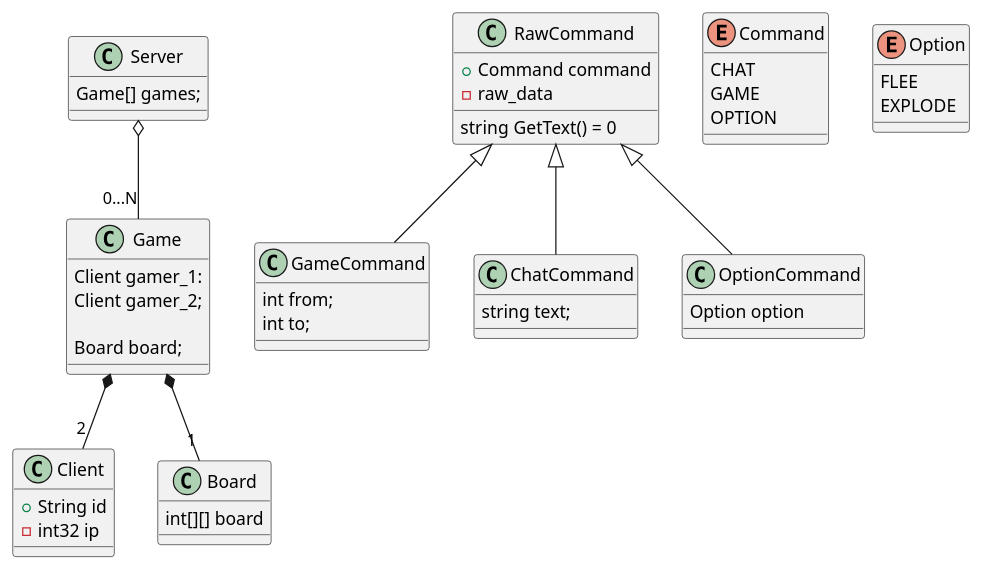
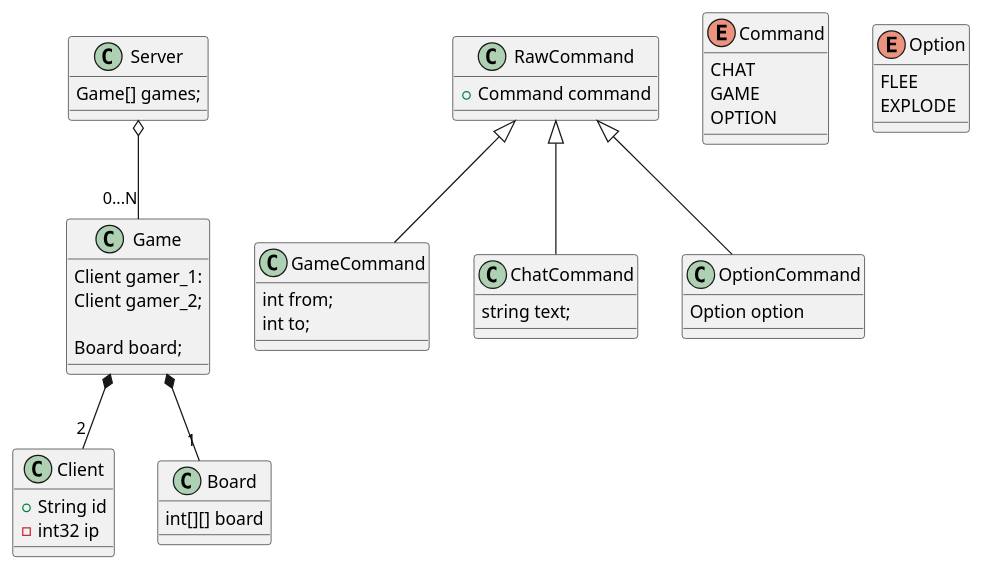
One commit to Beloin/PPDOneLeftGame-RMI changed the diagram in resources/ServerBasedClassDiagram.puml. Above: the diagram before and after it, drawn with PlantUML. The commit also changed 13 other files, not shown here.

```diff
--- a/resources/ServerBasedClassDiagram.puml
+++ b/resources/ServerBasedClassDiagram.puml
@@ -1,66 +1,63 @@
-@startuml ClassWork
+@startuml ServerAndClientClassDiagram
 'https://plantuml.com/class-diagram
 
 class Game {
     Client gamer_1:
     Client gamer_2;
 
     Board board;
 }
 
 class Server {
     Game[] games;
 }
 
 class Client {
     + String id
     - int32 ip
 }
 
 class Board {
     int[][] board
 }
 
 Server o-- "0...N" Game
 
 Game *-- "2" Client
 Game *-- "1" Board
 
 
 class RawCommand {
     + Command command
-    - raw_data
-
-    string GetText() = 0
 }
 
 class GameCommand {
     int from;
     int to;
 }
 
 class ChatCommand {
     string text;
 }
 
 class OptionCommand {
     Option option
 }
 
 RawCommand <|-- GameCommand
 RawCommand <|-- ChatCommand
 RawCommand <|-- OptionCommand
 
 enum Command {
     CHAT
     GAME
     OPTION
 }
 
 enum Option {
     FLEE
     EXPLODE
 }
 
 
 @enduml
```
